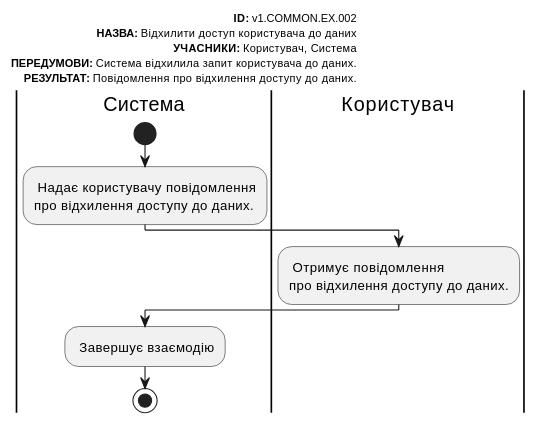
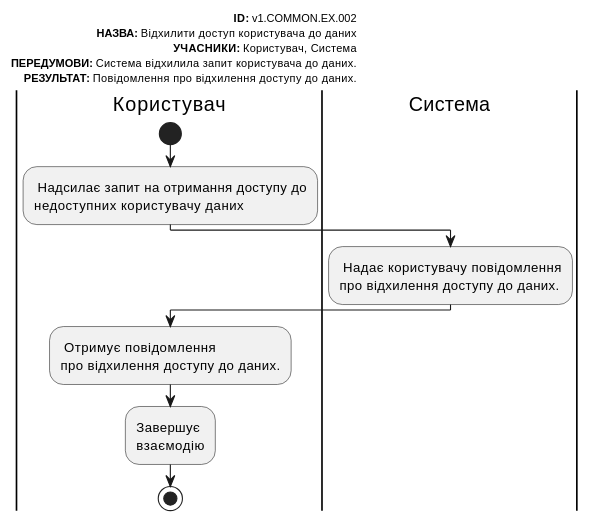
Before and after one commit to danilbezus/survey-expert: diagram 18 of 22 in docs/use cases/README.md, drawn with PlantUML. The commit also changed other lines of this file, not shown here.

```diff
--- a/docs/use cases/README.md
+++ b/docs/use cases/README.md
@@ -841,20 +945,25 @@
 @startuml
   
     left header
          <font color=000 size=10><b>ID:</b> v1.COMMON.EX.002
          <font color=000 size=10><b>НАЗВА:</b> Відхилити доступ користувача до даних
          <font color=000 size=10><b>УЧАСНИКИ:</b> Користувач, Система 
          <font color=000 size=10><b>ПЕРЕДУМОВИ:</b> Система відхилила запит користувача до даних.
          <font color=000 size=10><b>РЕЗУЛЬТАТ:</b> Повідомлення про відхилення доступу до даних.
      end header
+     |Користувач|
+         start
+         : Надсилає запит на отримання доступу до
+         недоступних користувачу даних;             
      |Система|
-         start
          : Надає користувачу повідомлення 
          про відхилення доступу до даних.;
      |Користувач| 
          : Отримує повідомлення 
-         про відхилення доступу до даних.;
-     |Система|
-         : Завершує взаємодію;
-         stop;
+         про відхилення доступу до даних.;           
+          :Завершує
+          взаємодію;
+
+          stop;
+
 @enduml
```
